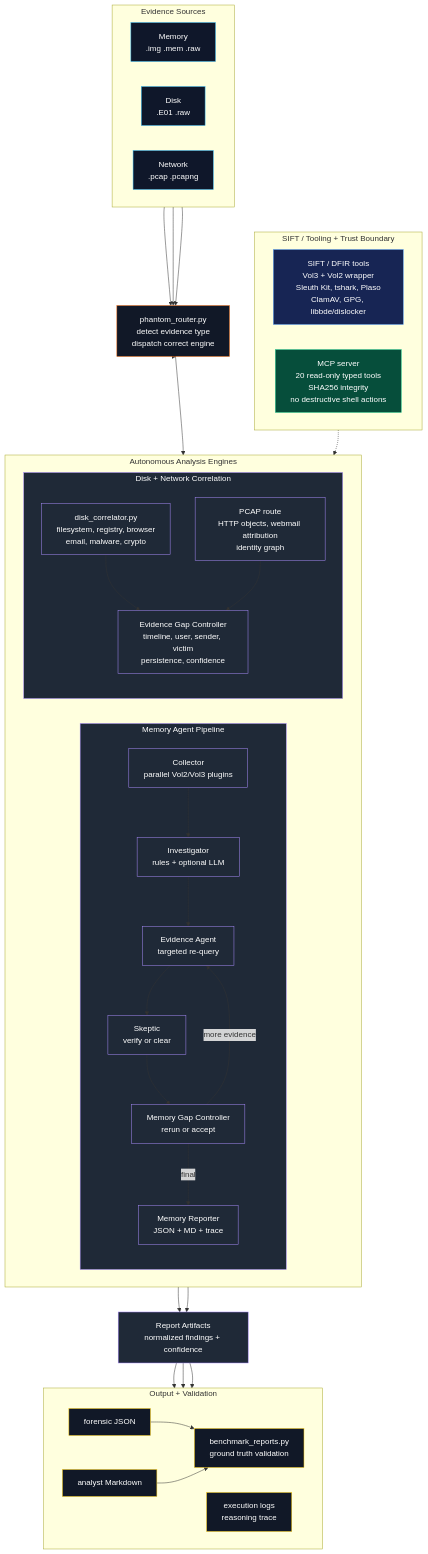
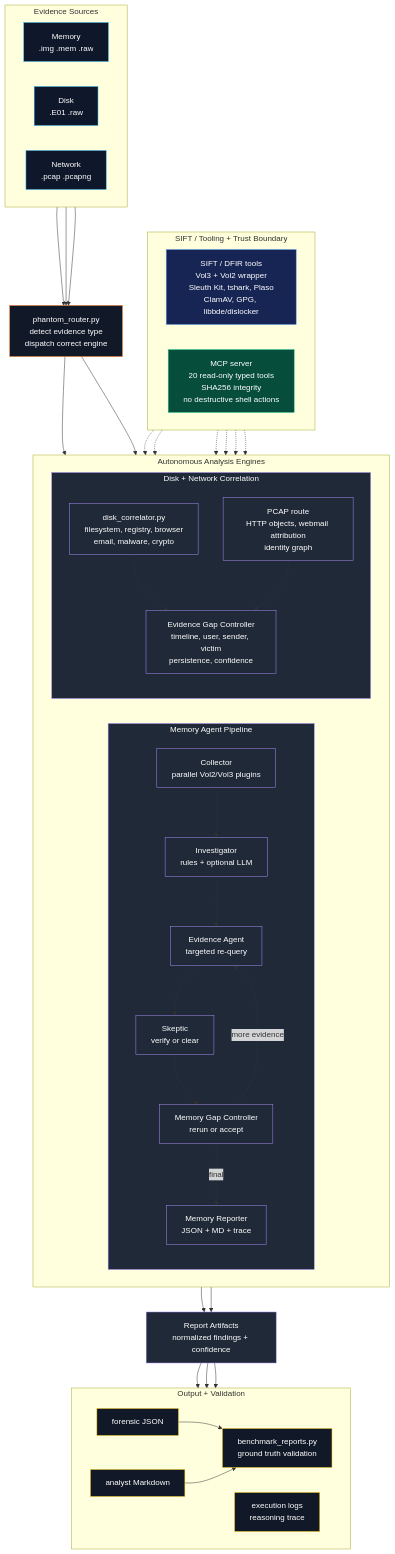
One commit to romilp619/Phantom-DFIR changed the diagram in README.md. Above: the diagram before and after it, drawn with Mermaid.

Commit message:
Clean architecture support arrows

```diff
--- a/README.md
+++ b/README.md
@@ -697,7 +697,12 @@
     ROUTER --> MEMORY
     ROUTER --> CORR
 
-    SUPPORT -.-> ENGINES
+    TOOLS -.-> MCOL
+    TOOLS -.-> DENG
+    TOOLS -.-> NENG
+    MCP -.-> MCOL
+    MCP -.-> DENG
+    MCP -.-> NENG
 
     MRPT --> ARTIFACTS
     GAPS --> ARTIFACTS
```
